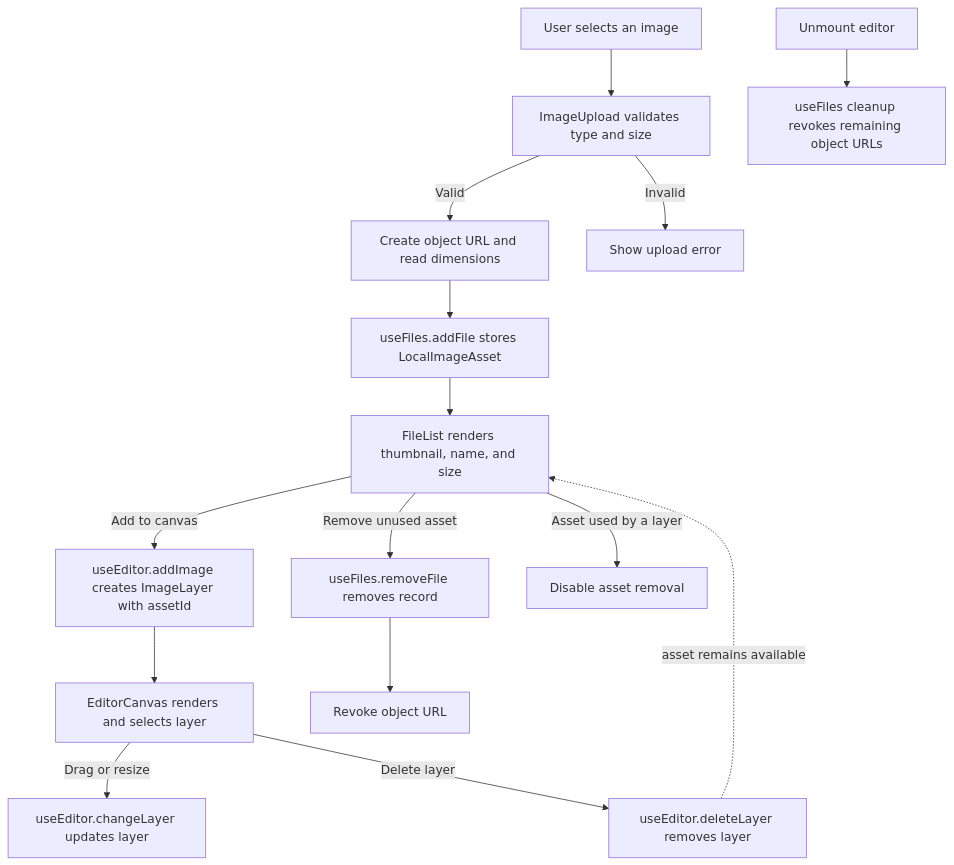
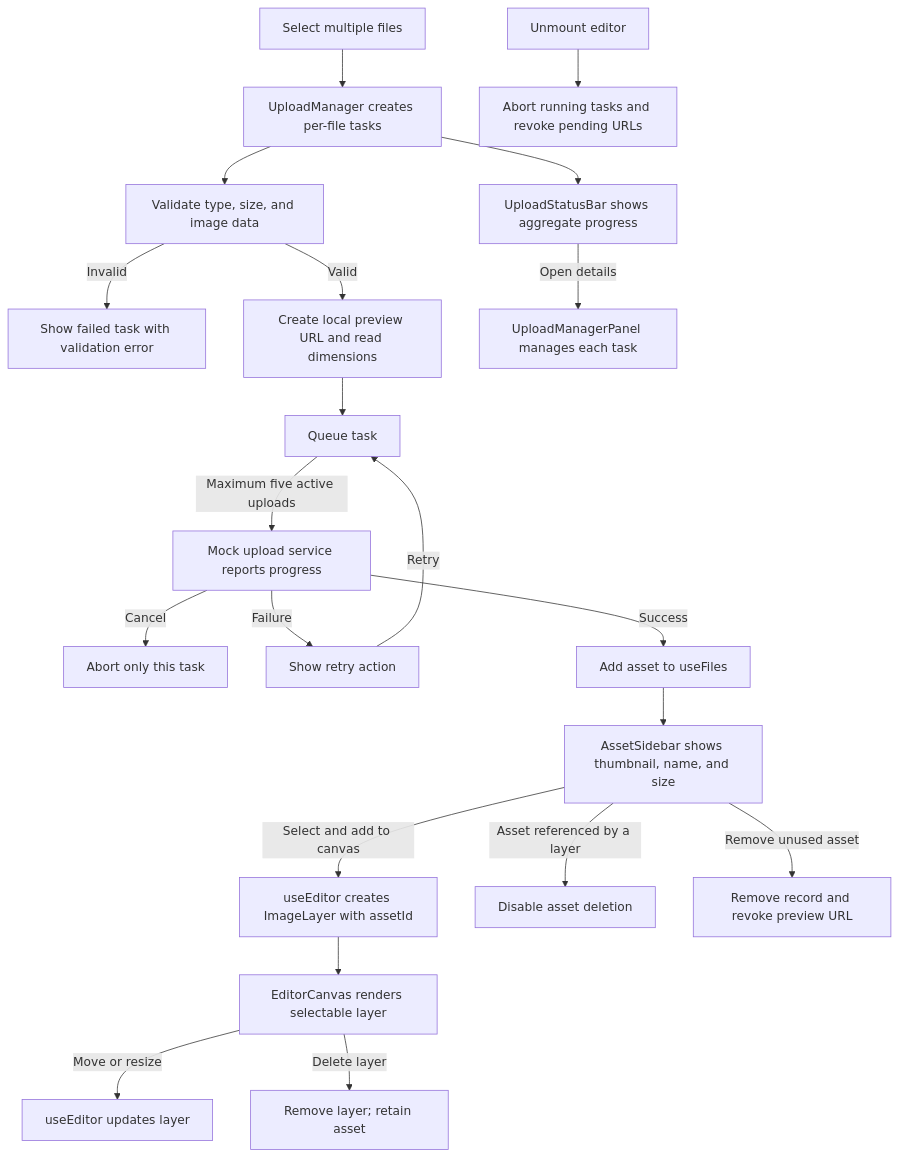
Before and after one commit to yaosuncoder/beauty-studio: the diagram in README.md, drawn with Mermaid. The commit also changed other lines of this file and 19 other files, not shown here.

Commit message:
feat: add upload task manager

````diff
--- a/README.md
+++ b/README.md
@@ -39,17 +39,23 @@
 ```mermaid
 flowchart TD
-  U[User selects an image] --> V[ImageUpload validates type and size]
-  V -->|Valid| P[Create object URL and read dimensions]
-  V -->|Invalid| E[Show upload error]
-  P --> A[useFiles.addFile stores LocalImageAsset]
-  A --> L[FileList renders thumbnail, name, and size]
-  L -->|Add to canvas| C[useEditor.addImage creates ImageLayer with assetId]
-  C --> S[EditorCanvas renders and selects layer]
-  S -->|Drag or resize| X[useEditor.changeLayer updates layer]
-  S -->|Delete layer| D[useEditor.deleteLayer removes layer]
-  D -. asset remains available .-> L
-  L -->|Remove unused asset| R[useFiles.removeFile removes record]
-  R --> Q[Revoke object URL]
-  L -->|Asset used by a layer| B[Disable asset removal]
-  H[Unmount editor] --> Q2[useFiles cleanup revokes remaining object URLs]
+  U[Select multiple files] --> M[UploadManager creates per-file tasks]
+  M --> V[Validate type, size, and image data]
+  V -->|Invalid| F[Show failed task with validation error]
+  V -->|Valid| P[Create local preview URL and read dimensions]
+  P --> Q[Queue task]
+  Q -->|Maximum five active uploads| S[Mock upload service reports progress]
+  S -->|Cancel| C[Abort only this task]
+  S -->|Failure| R[Show retry action]
+  R -->|Retry| Q
+  S -->|Success| A[Add asset to useFiles]
+  A --> L[AssetSidebar shows thumbnail, name, and size]
+  L -->|Select and add to canvas| I[useEditor creates ImageLayer with assetId]
+  I --> K[EditorCanvas renders selectable layer]
+  K -->|Move or resize| X[useEditor updates layer]
+  K -->|Delete layer| D[Remove layer; retain asset]
+  L -->|Asset referenced by a layer| B[Disable asset deletion]
+  L -->|Remove unused asset| Z[Remove record and revoke preview URL]
+  M --> T[UploadStatusBar shows aggregate progress]
+  T -->|Open details| P2[UploadManagerPanel manages each task]
+  H[Unmount editor] --> C2[Abort running tasks and revoke pending URLs]
 ```
````
